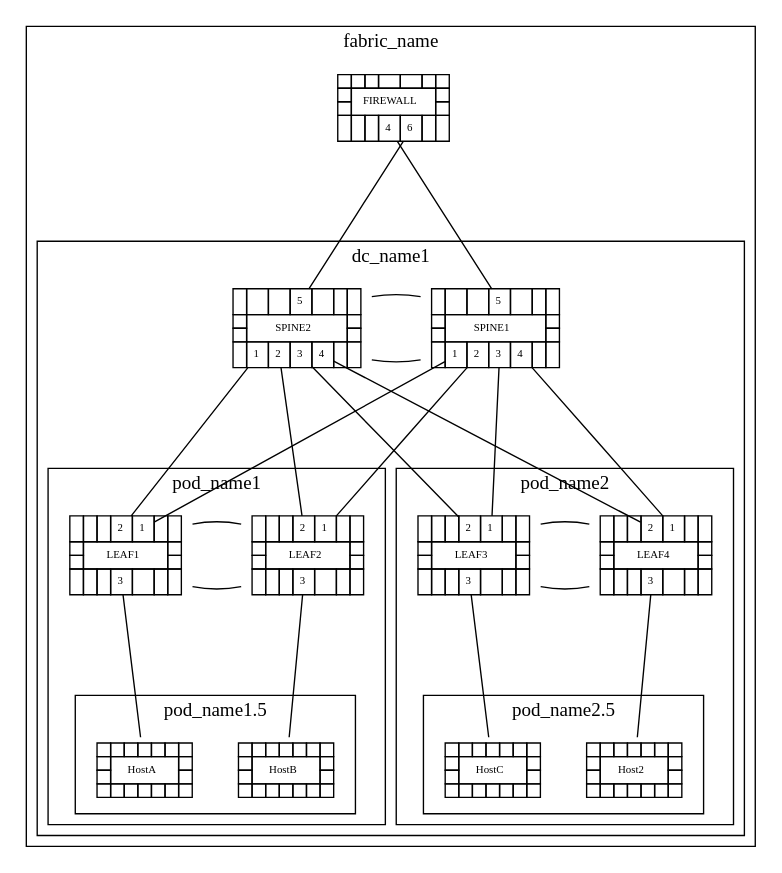
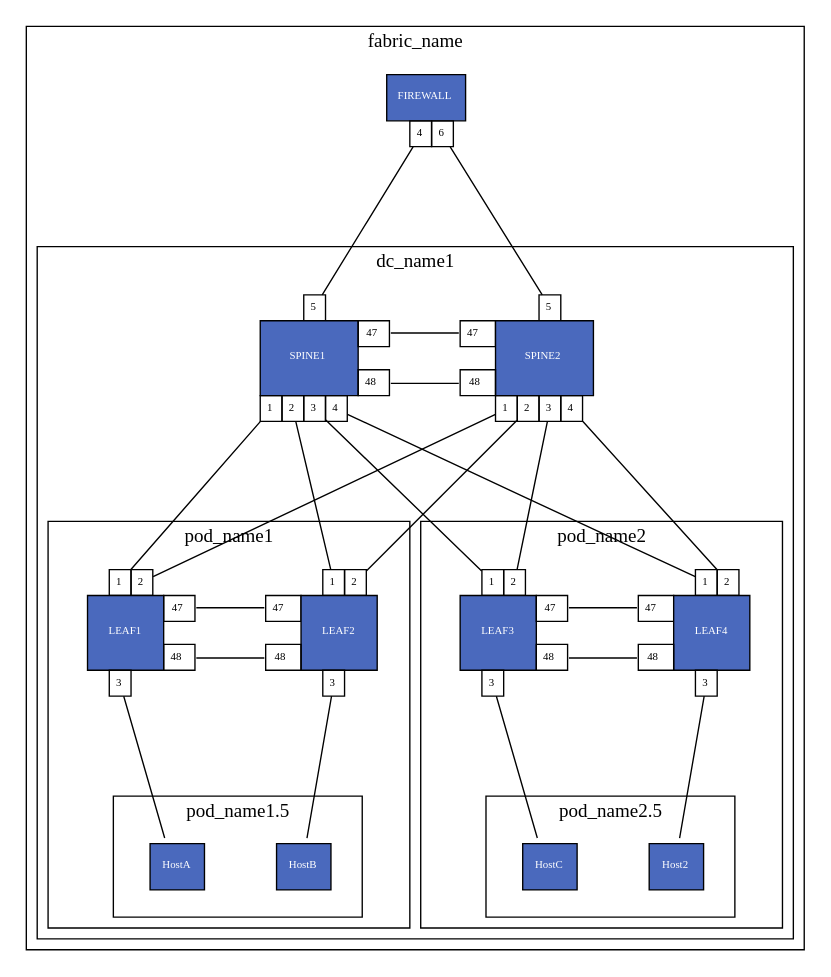
One commit to KonikaChaurasiya-GSLab/ansible-avd changed the diagram in ansible_collections/arista/avd/roles/topology_generator/tasks/topology.gv. Above: the diagram before and after it, drawn with Graphviz. The commit also changed 3 other files, not shown here.

```diff
--- a/ansible_collections/arista/avd/roles/topology_generator/tasks/topology.gv
+++ b/ansible_collections/arista/avd/roles/topology_generator/tasks/topology.gv
@@ -1,175 +1,85 @@
 graph parent {
 	graph [splines=line]
 	node [fontsize=" 8pt" shape=plaintext]
 	edge [center=true concentrate=true fontname=arial fontsize=6 labelfloat=false minlen=2]
 	rank=min
 	ranksep=0.7
 	subgraph cluster_child_fabric_name {
 		label=fabric_name
 		labelloc=t
 		{
-			rank=min
-		}
-		{
-			rank=min
-		}
-		{
-			rank=min
-			FIREWALL [label=<<TABLE BORDER="0" CELLBORDER="1" CELLSPACING="0" CELLPADDING="4"><TR><TD></TD><TD></TD><TD></TD><TD PORT=""></TD><TD></TD><TD></TD><TD></TD></TR><TR><TD></TD><TD COLSPAN="5" ROWSPAN="2">FIREWALL</TD><TD></TD></TR><TR> <TD></TD><TD></TD></TR><TR><TD ></TD><TD ></TD><TD ></TD><TD PORT="4">4</TD><TD PORT="6">6</TD><TD ></TD><TD ></TD></TR></TABLE>>]
-		}
-		{
-			rank=min
-		}
-		{
-			rank=min
-		}
-		{
-			rank=min
+			rank=same
+			FIREWALL [label=<<TABLE BORDER="0" CELLBORDER="1" CELLSPACING="0" CELLPADDING="4"><TR><TD  BORDER="0" > </TD><TD BGCOLOR="#4a69bd" COLSPAN="5" ROWSPAN="2"> <FONT COLOR="#ffffff">FIREWALL</FONT></TD><TD  BORDER="0" ></TD></TR><TR> <TD  BORDER="0" > </TD><TD BORDER="0" ></TD> </TR><TR><TD BORDER="0" ></TD><TD BORDER="0" ></TD><TD BORDER="0" ></TD><TD PORT="4">4</TD><TD PORT="6">6</TD><TD BORDER="0" ></TD><TD BORDER="0" ></TD></TR></TABLE>>]
 		}
 		ranksep=0.7
 		subgraph cluster_child_dc_name1 {
 			label=dc_name1
 			labelloc=t
 			{
-				rank=min
-			}
-			{
-				rank=min
-			}
-			{
-				rank=min
-			}
-			{
-				rank=min
-				SPINE1 [label=<<TABLE BORDER="0" CELLBORDER="1" CELLSPACING="0" CELLPADDING="4"><TR><TD></TD><TD></TD><TD></TD><TD PORT="5">5</TD><TD></TD><TD></TD><TD></TD></TR><TR><TD></TD><TD COLSPAN="5" ROWSPAN="2">SPINE1</TD><TD></TD></TR><TR> <TD></TD><TD></TD></TR><TR><TD ></TD><TD PORT="1">1</TD><TD PORT="2">2</TD><TD PORT="3">3</TD><TD PORT="4">4</TD><TD ></TD><TD ></TD></TR></TABLE>>]
-				SPINE2 [label=<<TABLE BORDER="0" CELLBORDER="1" CELLSPACING="0" CELLPADDING="4"><TR><TD></TD><TD></TD><TD></TD><TD PORT="5">5</TD><TD></TD><TD></TD><TD></TD></TR><TR><TD></TD><TD COLSPAN="5" ROWSPAN="2">SPINE2</TD><TD></TD></TR><TR> <TD></TD><TD></TD></TR><TR><TD ></TD><TD PORT="1">1</TD><TD PORT="2">2</TD><TD PORT="3">3</TD><TD PORT="4">4</TD><TD ></TD><TD ></TD></TR></TABLE>>]
-			}
-			{
-				rank=min
-			}
-			{
-				rank=min
+				rank=same
+				SPINE1 [label=<<TABLE BORDER="0" CELLBORDER="1" CELLSPACING="0" CELLPADDING="4"><TR><TD BORDER="0" ></TD><TD BORDER="0" ></TD><TD BORDER="0" ></TD><TD PORT="5">5</TD><TD BORDER="0" ></TD><TD BORDER="0" ></TD><TD BORDER="0" ></TD></TR><TR><TD  BORDER="0" >  </TD><TD BGCOLOR="#4a69bd" COLSPAN="5" ROWSPAN="3"> <FONT COLOR="#ffffff">SPINE1</FONT></TD><TD PORT="47" >47</TD></TR><TR> <TD  BORDER="0" > </TD><TD BORDER="0" ></TD> </TR><TR> <TD BORDER="0" ></TD> <TD PORT="48" > 48</TD></TR><TR><TD BORDER="0" ></TD><TD PORT="1">1</TD><TD PORT="2">2</TD><TD PORT="3">3</TD><TD PORT="4">4</TD><TD BORDER="0" ></TD><TD BORDER="0" ></TD></TR></TABLE>>]
+				SPINE2 [label=<<TABLE BORDER="0" CELLBORDER="1" CELLSPACING="0" CELLPADDING="4"><TR><TD BORDER="0" ></TD><TD BORDER="0" ></TD><TD BORDER="0" ></TD><TD PORT="5">5</TD><TD BORDER="0" ></TD><TD BORDER="0" ></TD><TD BORDER="0" ></TD></TR><TR><TD PORT="47" > 47 </TD><TD BGCOLOR="#4a69bd" COLSPAN="5" ROWSPAN="3"> <FONT COLOR="#ffffff">SPINE2</FONT></TD><TD  BORDER="0" ></TD></TR><TR> <TD  BORDER="0" > </TD><TD BORDER="0" ></TD> </TR><TR> <TD PORT="48" > 48</TD><TD BORDER="0" ></TD> </TR><TR><TD BORDER="0" ></TD><TD PORT="1">1</TD><TD PORT="2">2</TD><TD PORT="3">3</TD><TD PORT="4">4</TD><TD BORDER="0" ></TD><TD BORDER="0" ></TD></TR></TABLE>>]
 			}
 			ranksep=0.7
 			subgraph cluster_child_pod_name1 {
 				label=pod_name1
 				labelloc=t
 				{
-					rank=min
-				}
-				{
-					rank=min
-				}
-				{
-					rank=min
-				}
-				{
-					rank=min
-				}
-				{
-					rank=min
-					LEAF1 [label=<<TABLE BORDER="0" CELLBORDER="1" CELLSPACING="0" CELLPADDING="4"><TR><TD></TD><TD></TD><TD></TD><TD PORT="2">2</TD><TD PORT="1">1</TD><TD></TD><TD></TD></TR><TR><TD></TD><TD COLSPAN="5" ROWSPAN="2">LEAF1</TD><TD></TD></TR><TR> <TD></TD><TD></TD></TR><TR><TD ></TD><TD ></TD><TD ></TD><TD PORT="3">3</TD><TD ></TD><TD ></TD><TD ></TD></TR></TABLE>>]
-					LEAF2 [label=<<TABLE BORDER="0" CELLBORDER="1" CELLSPACING="0" CELLPADDING="4"><TR><TD></TD><TD></TD><TD></TD><TD PORT="2">2</TD><TD PORT="1">1</TD><TD></TD><TD></TD></TR><TR><TD></TD><TD COLSPAN="5" ROWSPAN="2">LEAF2</TD><TD></TD></TR><TR> <TD></TD><TD></TD></TR><TR><TD ></TD><TD ></TD><TD ></TD><TD PORT="3">3</TD><TD ></TD><TD ></TD><TD ></TD></TR></TABLE>>]
-				}
-				{
-					rank=min
+					rank=same
+					LEAF1 [label=<<TABLE BORDER="0" CELLBORDER="1" CELLSPACING="0" CELLPADDING="4"><TR><TD BORDER="0" ></TD><TD BORDER="0" ></TD><TD BORDER="0" ></TD><TD PORT="1">1</TD><TD PORT="2">2</TD><TD BORDER="0" ></TD><TD BORDER="0" ></TD></TR><TR><TD  BORDER="0" >  </TD><TD BGCOLOR="#4a69bd" COLSPAN="5" ROWSPAN="3"> <FONT COLOR="#ffffff">LEAF1</FONT></TD><TD PORT="47" >47</TD></TR><TR> <TD  BORDER="0" > </TD><TD BORDER="0" ></TD> </TR><TR> <TD BORDER="0" ></TD> <TD PORT="48" > 48</TD></TR><TR><TD BORDER="0" ></TD><TD BORDER="0" ></TD><TD BORDER="0" ></TD><TD PORT="3">3</TD><TD BORDER="0" ></TD><TD BORDER="0" ></TD><TD BORDER="0" ></TD></TR></TABLE>>]
+					LEAF2 [label=<<TABLE BORDER="0" CELLBORDER="1" CELLSPACING="0" CELLPADDING="4"><TR><TD BORDER="0" ></TD><TD BORDER="0" ></TD><TD BORDER="0" ></TD><TD PORT="1">1</TD><TD PORT="2">2</TD><TD BORDER="0" ></TD><TD BORDER="0" ></TD></TR><TR><TD PORT="47" > 47 </TD><TD BGCOLOR="#4a69bd" COLSPAN="5" ROWSPAN="3"> <FONT COLOR="#ffffff">LEAF2</FONT></TD><TD  BORDER="0" ></TD></TR><TR> <TD  BORDER="0" > </TD><TD BORDER="0" ></TD> </TR><TR> <TD PORT="48" > 48</TD><TD BORDER="0" ></TD> </TR><TR><TD BORDER="0" ></TD><TD BORDER="0" ></TD><TD BORDER="0" ></TD><TD PORT="3">3</TD><TD BORDER="0" ></TD><TD BORDER="0" ></TD><TD BORDER="0" ></TD></TR></TABLE>>]
 				}
 				ranksep=0.7
 				subgraph "cluster_child_pod_name1.5" {
 					label="pod_name1.5"
 					labelloc=t
 					{
-						rank=min
-					}
-					{
-						rank=min
-					}
-					{
-						rank=min
-					}
-					{
-						rank=min
-					}
-					{
-						rank=min
-					}
-					{
-						rank=min
-						HostA [label=<<TABLE BORDER="0" CELLBORDER="1" CELLSPACING="0" CELLPADDING="4"><TR><TD></TD><TD></TD><TD></TD><TD PORT=""></TD><TD></TD><TD></TD><TD></TD></TR><TR><TD></TD><TD COLSPAN="5" ROWSPAN="2">HostA</TD><TD></TD></TR><TR> <TD></TD><TD></TD></TR><TR><TD ></TD><TD ></TD><TD ></TD><TD ></TD><TD ></TD><TD ></TD><TD ></TD></TR></TABLE>>]
-						HostB [label=<<TABLE BORDER="0" CELLBORDER="1" CELLSPACING="0" CELLPADDING="4"><TR><TD></TD><TD></TD><TD></TD><TD PORT=""></TD><TD></TD><TD></TD><TD></TD></TR><TR><TD></TD><TD COLSPAN="5" ROWSPAN="2">HostB</TD><TD></TD></TR><TR> <TD></TD><TD></TD></TR><TR><TD ></TD><TD ></TD><TD ></TD><TD ></TD><TD ></TD><TD ></TD><TD ></TD></TR></TABLE>>]
+						rank=same
+						HostA [label=<<TABLE BORDER="0" CELLBORDER="1" CELLSPACING="0" CELLPADDING="4"><TR><TD  BORDER="0" > </TD><TD BGCOLOR="#4a69bd" COLSPAN="5" ROWSPAN="2"> <FONT COLOR="#ffffff">HostA</FONT></TD><TD  BORDER="0" ></TD></TR><TR> <TD  BORDER="0" > </TD><TD BORDER="0" ></TD> </TR><TR><TD BORDER="0" ></TD><TD BORDER="0" ></TD><TD BORDER="0" ></TD><TD BORDER="0" ></TD><TD BORDER="0" ></TD><TD BORDER="0" ></TD><TD BORDER="0" ></TD></TR></TABLE>>]
+						HostB [label=<<TABLE BORDER="0" CELLBORDER="1" CELLSPACING="0" CELLPADDING="4"><TR><TD  BORDER="0" > </TD><TD BGCOLOR="#4a69bd" COLSPAN="5" ROWSPAN="2"> <FONT COLOR="#ffffff">HostB</FONT></TD><TD  BORDER="0" ></TD></TR><TR> <TD  BORDER="0" > </TD><TD BORDER="0" ></TD> </TR><TR><TD BORDER="0" ></TD><TD BORDER="0" ></TD><TD BORDER="0" ></TD><TD BORDER="0" ></TD><TD BORDER="0" ></TD><TD BORDER="0" ></TD><TD BORDER="0" ></TD></TR></TABLE>>]
 					}
 				}
 			}
 			ranksep=0.7
 			subgraph cluster_child_pod_name2 {
 				label=pod_name2
 				labelloc=t
 				{
-					rank=min
-				}
-				{
-					rank=min
-				}
-				{
-					rank=min
-				}
-				{
-					rank=min
-				}
-				{
-					rank=min
-					LEAF3 [label=<<TABLE BORDER="0" CELLBORDER="1" CELLSPACING="0" CELLPADDING="4"><TR><TD></TD><TD></TD><TD></TD><TD PORT="2">2</TD><TD PORT="1">1</TD><TD></TD><TD></TD></TR><TR><TD></TD><TD COLSPAN="5" ROWSPAN="2">LEAF3</TD><TD></TD></TR><TR> <TD></TD><TD></TD></TR><TR><TD ></TD><TD ></TD><TD ></TD><TD PORT="3">3</TD><TD ></TD><TD ></TD><TD ></TD></TR></TABLE>>]
-					LEAF4 [label=<<TABLE BORDER="0" CELLBORDER="1" CELLSPACING="0" CELLPADDING="4"><TR><TD></TD><TD></TD><TD></TD><TD PORT="2">2</TD><TD PORT="1">1</TD><TD></TD><TD></TD></TR><TR><TD></TD><TD COLSPAN="5" ROWSPAN="2">LEAF4</TD><TD></TD></TR><TR> <TD></TD><TD></TD></TR><TR><TD ></TD><TD ></TD><TD ></TD><TD PORT="3">3</TD><TD ></TD><TD ></TD><TD ></TD></TR></TABLE>>]
-				}
-				{
-					rank=min
+					rank=same
+					LEAF3 [label=<<TABLE BORDER="0" CELLBORDER="1" CELLSPACING="0" CELLPADDING="4"><TR><TD BORDER="0" ></TD><TD BORDER="0" ></TD><TD BORDER="0" ></TD><TD PORT="1">1</TD><TD PORT="2">2</TD><TD BORDER="0" ></TD><TD BORDER="0" ></TD></TR><TR><TD  BORDER="0" >  </TD><TD BGCOLOR="#4a69bd" COLSPAN="5" ROWSPAN="3"> <FONT COLOR="#ffffff">LEAF3</FONT></TD><TD PORT="47" >47</TD></TR><TR> <TD  BORDER="0" > </TD><TD BORDER="0" ></TD> </TR><TR> <TD BORDER="0" ></TD> <TD PORT="48" > 48</TD></TR><TR><TD BORDER="0" ></TD><TD BORDER="0" ></TD><TD BORDER="0" ></TD><TD PORT="3">3</TD><TD BORDER="0" ></TD><TD BORDER="0" ></TD><TD BORDER="0" ></TD></TR></TABLE>>]
+					LEAF4 [label=<<TABLE BORDER="0" CELLBORDER="1" CELLSPACING="0" CELLPADDING="4"><TR><TD BORDER="0" ></TD><TD BORDER="0" ></TD><TD BORDER="0" ></TD><TD PORT="1">1</TD><TD PORT="2">2</TD><TD BORDER="0" ></TD><TD BORDER="0" ></TD></TR><TR><TD PORT="47" > 47 </TD><TD BGCOLOR="#4a69bd" COLSPAN="5" ROWSPAN="3"> <FONT COLOR="#ffffff">LEAF4</FONT></TD><TD  BORDER="0" ></TD></TR><TR> <TD  BORDER="0" > </TD><TD BORDER="0" ></TD> </TR><TR> <TD PORT="48" > 48</TD><TD BORDER="0" ></TD> </TR><TR><TD BORDER="0" ></TD><TD BORDER="0" ></TD><TD BORDER="0" ></TD><TD PORT="3">3</TD><TD BORDER="0" ></TD><TD BORDER="0" ></TD><TD BORDER="0" ></TD></TR></TABLE>>]
 				}
 				ranksep=0.7
 				subgraph "cluster_child_pod_name2.5" {
 					label="pod_name2.5"
 					labelloc=t
 					{
-						rank=min
-					}
-					{
-						rank=min
-					}
-					{
-						rank=min
-					}
-					{
-						rank=min
-					}
-					{
-						rank=min
-					}
-					{
-						rank=min
-						HostC [label=<<TABLE BORDER="0" CELLBORDER="1" CELLSPACING="0" CELLPADDING="4"><TR><TD></TD><TD></TD><TD></TD><TD PORT=""></TD><TD></TD><TD></TD><TD></TD></TR><TR><TD></TD><TD COLSPAN="5" ROWSPAN="2">HostC</TD><TD></TD></TR><TR> <TD></TD><TD></TD></TR><TR><TD ></TD><TD ></TD><TD ></TD><TD ></TD><TD ></TD><TD ></TD><TD ></TD></TR></TABLE>>]
-						Host2 [label=<<TABLE BORDER="0" CELLBORDER="1" CELLSPACING="0" CELLPADDING="4"><TR><TD></TD><TD></TD><TD></TD><TD PORT=""></TD><TD></TD><TD></TD><TD></TD></TR><TR><TD></TD><TD COLSPAN="5" ROWSPAN="2">Host2</TD><TD></TD></TR><TR> <TD></TD><TD></TD></TR><TR><TD ></TD><TD ></TD><TD ></TD><TD ></TD><TD ></TD><TD ></TD><TD ></TD></TR></TABLE>>]
+						rank=same
+						HostC [label=<<TABLE BORDER="0" CELLBORDER="1" CELLSPACING="0" CELLPADDING="4"><TR><TD  BORDER="0" > </TD><TD BGCOLOR="#4a69bd" COLSPAN="5" ROWSPAN="2"> <FONT COLOR="#ffffff">HostC</FONT></TD><TD  BORDER="0" ></TD></TR><TR> <TD  BORDER="0" > </TD><TD BORDER="0" ></TD> </TR><TR><TD BORDER="0" ></TD><TD BORDER="0" ></TD><TD BORDER="0" ></TD><TD BORDER="0" ></TD><TD BORDER="0" ></TD><TD BORDER="0" ></TD><TD BORDER="0" ></TD></TR></TABLE>>]
+						Host2 [label=<<TABLE BORDER="0" CELLBORDER="1" CELLSPACING="0" CELLPADDING="4"><TR><TD  BORDER="0" > </TD><TD BGCOLOR="#4a69bd" COLSPAN="5" ROWSPAN="2"> <FONT COLOR="#ffffff">Host2</FONT></TD><TD  BORDER="0" ></TD></TR><TR> <TD  BORDER="0" > </TD><TD BORDER="0" ></TD> </TR><TR><TD BORDER="0" ></TD><TD BORDER="0" ></TD><TD BORDER="0" ></TD><TD BORDER="0" ></TD><TD BORDER="0" ></TD><TD BORDER="0" ></TD><TD BORDER="0" ></TD></TR></TABLE>>]
 					}
 				}
 			}
 		}
 	}
 	FIREWALL:4 -- SPINE1:5
 	FIREWALL:6 -- SPINE2:5
 	SPINE2:47 -- SPINE1:47
 	SPINE2:48 -- SPINE1:48
 	SPINE2:1 -- LEAF1:2
 	SPINE2:2 -- LEAF2:2
 	SPINE2:3 -- LEAF3:2
 	SPINE2:4 -- LEAF4:2
 	SPINE1:1 -- LEAF1:1
 	SPINE1:2 -- LEAF2:1
 	SPINE1:3 -- LEAF3:1
 	SPINE1:4 -- LEAF4:1
 	LEAF1:47 -- LEAF2:47
 	LEAF1:48 -- LEAF2:48
 	LEAF1:3 -- HostA
 	LEAF2:3 -- HostB
 	LEAF3:47 -- LEAF4:47
 	LEAF3:48 -- LEAF4:48
 	LEAF3:3 -- HostC
 	LEAF4:3 -- Host2
 }
```
